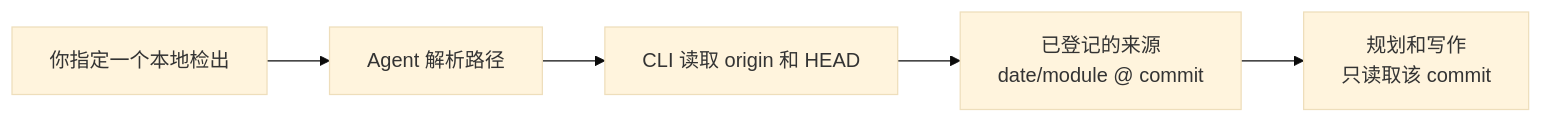
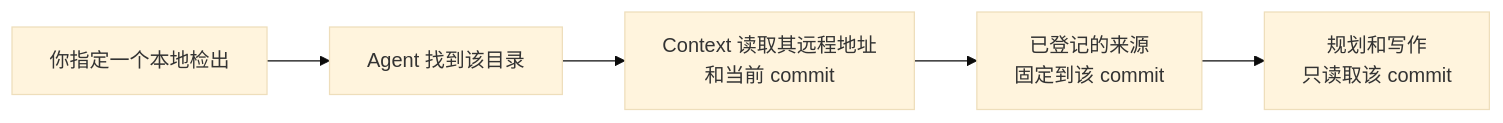
The diagram in translations/zh-CN/sop/registering-sources/code-repositories.md (context4ai/portal), drawn with Mermaid (base theme) before and after one commit. The commit also changed other lines of this file and 129 other files, not shown here.

````diff
--- a/translations/zh-CN/sop/registering-sources/code-repositories.md
+++ b/translations/zh-CN/sop/registering-sources/code-repositories.md
@@ -16,7 +16,7 @@
 ```mermaid
 flowchart LR
-  you["你指定一个本地检出"] --> agent["Agent 解析路径"]
-  agent --> cli["CLI 读取 origin 和 HEAD"]
-  cli --> reg["已登记的来源<br/>date/module @ commit"]
+  you["你指定一个本地检出"] --> agent["Agent 找到该目录"]
+  agent --> ctx["Context 读取其远程地址<br/>和当前 commit"]
+  ctx --> reg["已登记的来源<br/>固定到该 commit"]
   reg --> plan["规划和写作<br/>只读取该 commit"]
 ```
````
